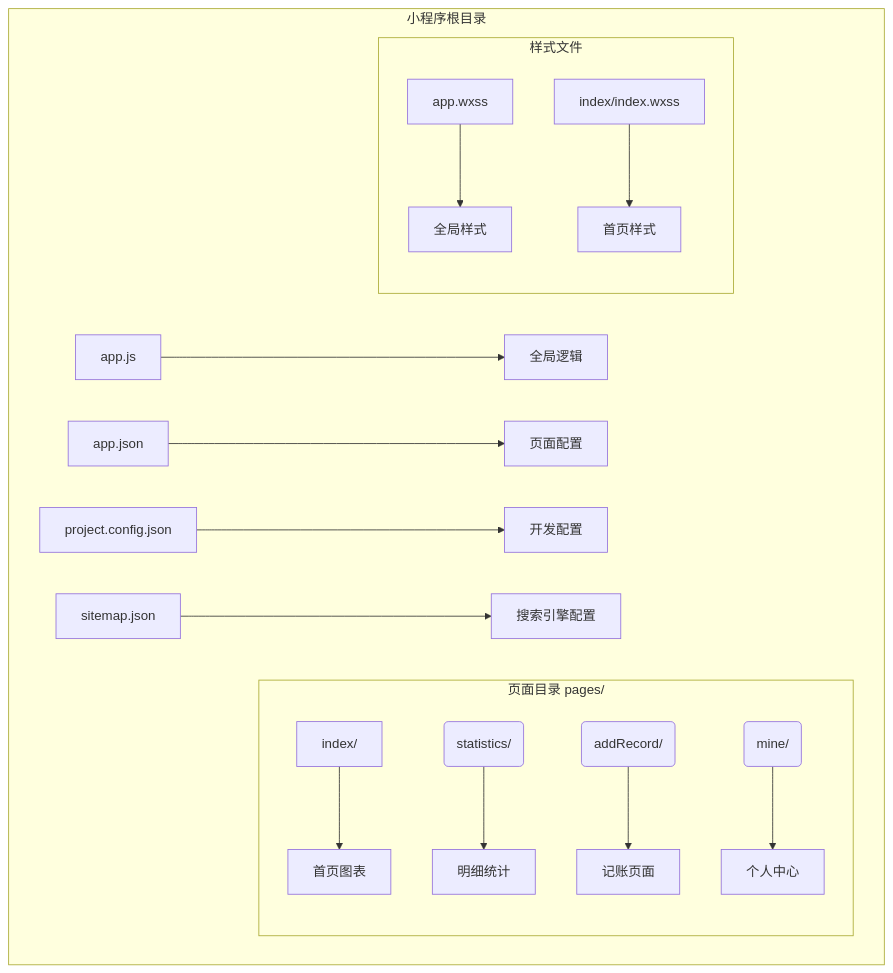
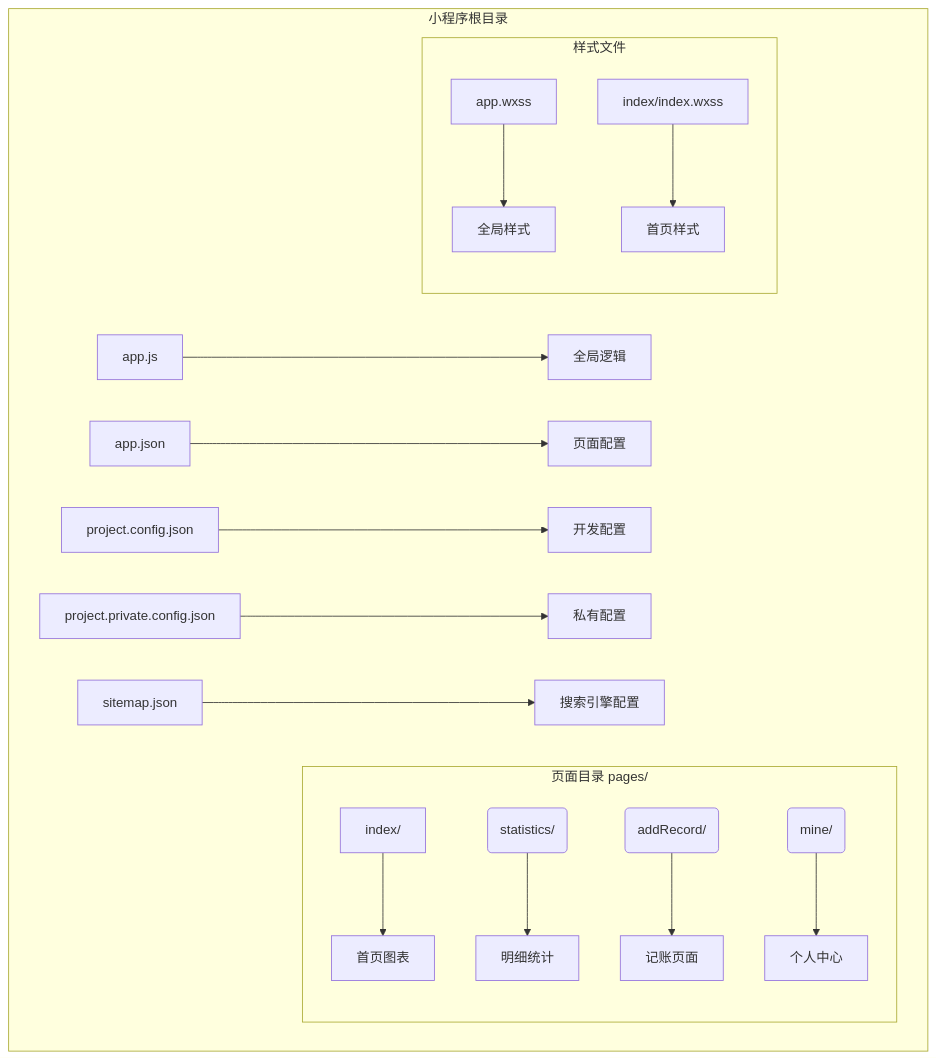
Before and after one commit to shisfish/miaobill: the first of 8 diagrams in .qoder/repowiki/zh/content/快速开始.md, drawn with Mermaid. The commit also changed other lines of this file and 18 other files, not shown here.

````diff
--- a/.qoder/repowiki/zh/content/快速开始.md
+++ b/.qoder/repowiki/zh/content/快速开始.md
@@ -47,19 +47,20 @@
 ```mermaid
 graph TB
 subgraph "小程序根目录"
 A[app.js] --> B[全局逻辑]
 C[app.json] --> D[页面配置]
 E[project.config.json] --> F[开发配置]
-G[sitemap.json] --> H[搜索引擎配置]
+G[project.private.config.json] --> H[私有配置]
+I[sitemap.json] --> J[搜索引擎配置]
 subgraph "页面目录 pages/"
-I[index/] --> J[首页图表]
-K(statistics/) --> L[明细统计]
-M(addRecord/) --> N[记账页面]
-O(mine/) --> P[个人中心]
+K[index/] --> L[首页图表]
+M(statistics/) --> N[明细统计]
+O(addRecord/) --> P[记账页面]
+Q(mine/) --> R[个人中心]
 end
 subgraph "样式文件"
-Q[app.wxss] --> R[全局样式]
-S[index/index.wxss] --> T[首页样式]
+S[app.wxss] --> T[全局样式]
+U[index/index.wxss] --> V[首页样式]
 end
 end
 ```
````
